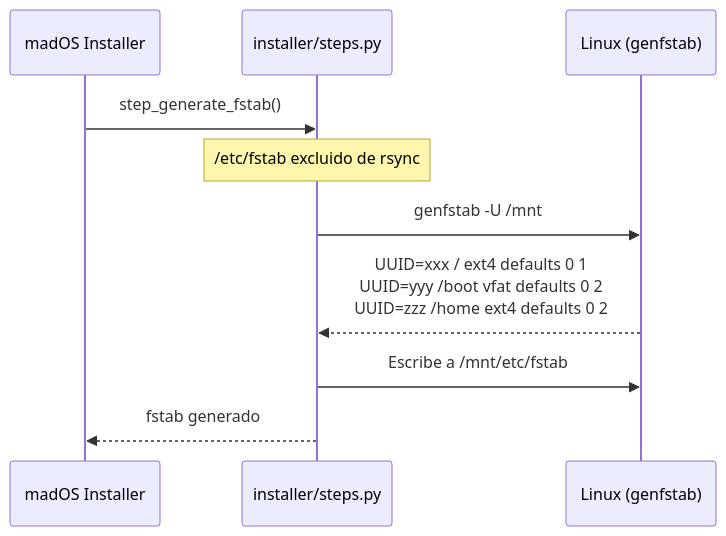
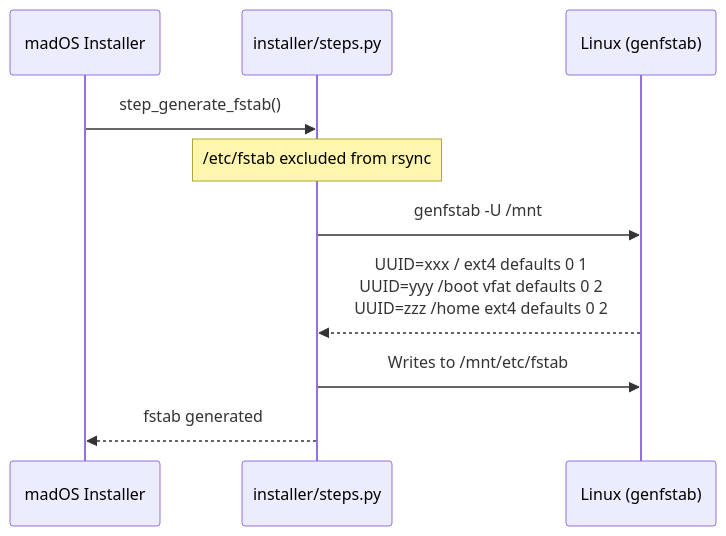
Before and after one commit to madoslinux/mados-installer: the seventh of 12 diagrams in INSTALLATION_FLOW.md, drawn with Mermaid. The commit also changed other lines of this file and 1 other file, not shown here.

````diff
--- a/INSTALLATION_FLOW.md
+++ b/INSTALLATION_FLOW.md
@@ -158,17 +158,17 @@
 ```mermaid
 sequenceDiagram
     participant App as madOS Installer
     participant Steps as installer/steps.py
     participant System as Linux (genfstab)
 
     App->>Steps: step_generate_fstab()
 
-    Note over Steps: /etc/fstab excluido de rsync
+    Note over Steps: /etc/fstab excluded from rsync
 
     Steps->>System: genfstab -U /mnt
     System-->>Steps: UUID=xxx / ext4 defaults 0 1<br/>UUID=yyy /boot vfat defaults 0 2<br/>UUID=zzz /home ext4 defaults 0 2
     
-    Steps->>System: Escribe a /mnt/etc/fstab
+    Steps->>System: Writes to /mnt/etc/fstab
 
-    Steps-->>App: fstab generado
+    Steps-->>App: fstab generated
 ```
````
